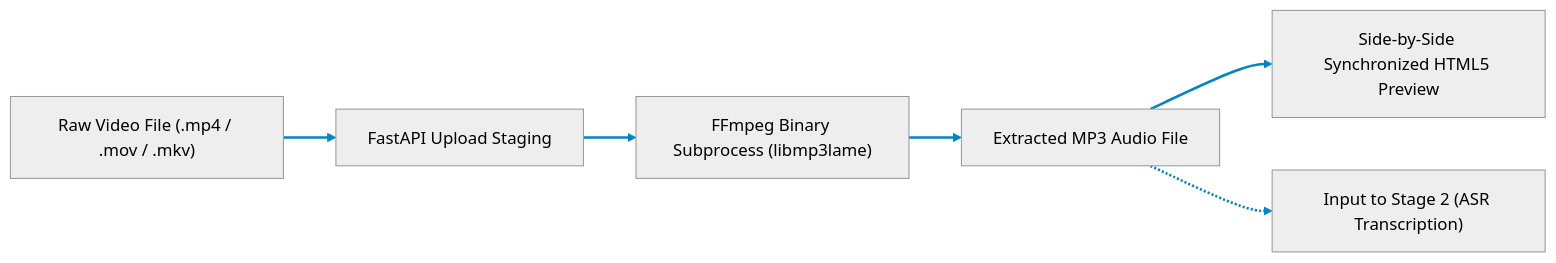
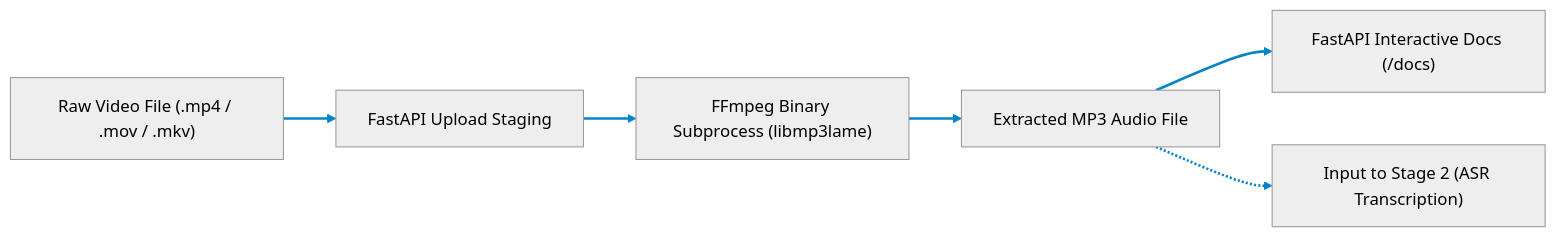
The diagram in 01_MP4_to_MP3/README.md (Babin123456/Nativox), drawn with Mermaid (neutral theme) before and after one commit. The commit also changed other lines of this file and 4 other files, not shown here.

````diff
--- a/01_MP4_to_MP3/README.md
+++ b/01_MP4_to_MP3/README.md
@@ -144,10 +144,10 @@
 ```mermaid
 graph LR
     A["Raw Video File (.mp4 / .mov / .mkv)"] --> B["FastAPI Upload Staging"]
     B --> C["FFmpeg Binary Subprocess (libmp3lame)"]
     C --> D["Extracted MP3 Audio File"]
-    D --> E["Side-by-Side Synchronized HTML5 Preview"]
+    D --> E["FastAPI Interactive Docs (/docs)"]
     D -.-> F["Input to Stage 2 (ASR Transcription)"]
 
     linkStyle default stroke:#0284C7,stroke-width:2.5px;
 ```
````
